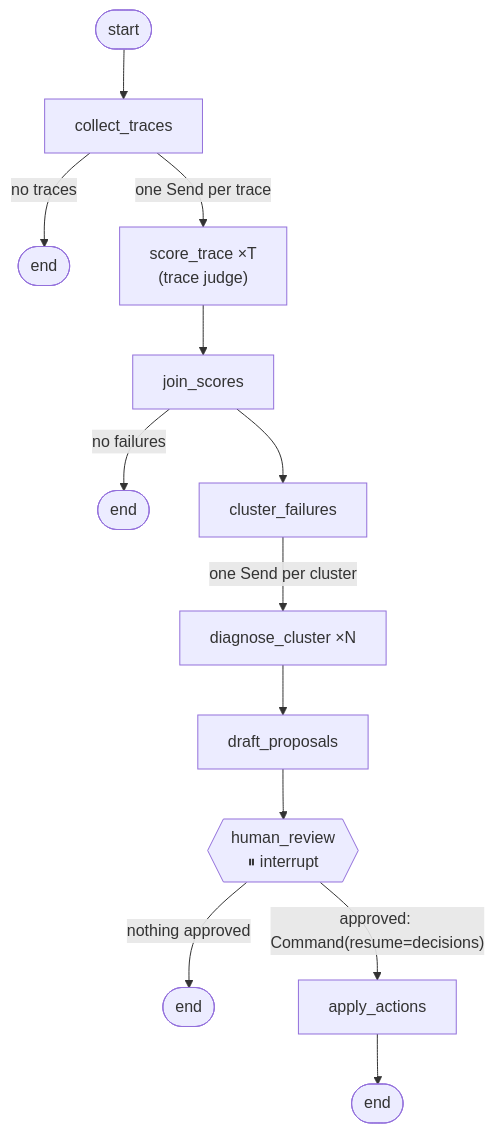
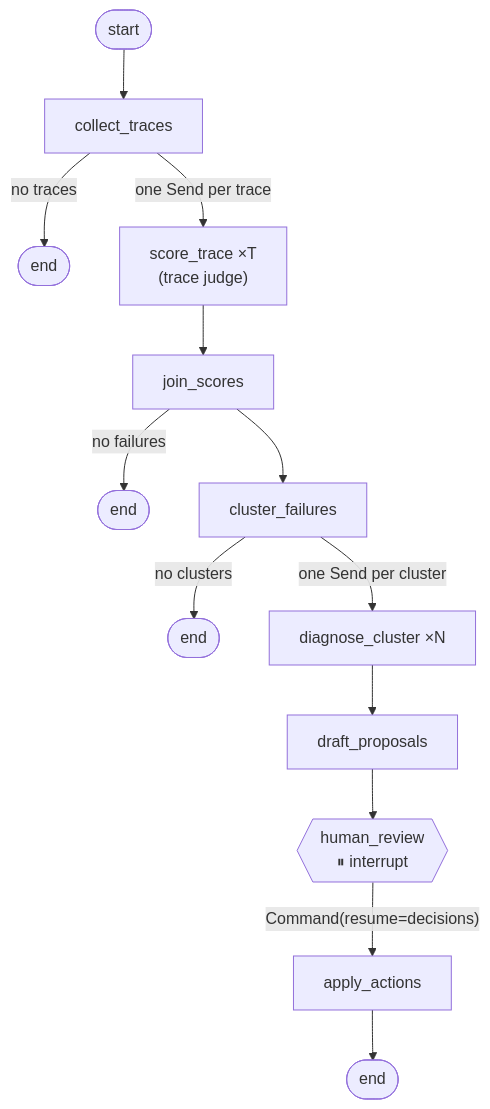
One commit to Nelev/tracescan changed the second of 3 diagrams in README.md. Above: the diagram before and after it, drawn with Mermaid. The commit also changed other lines of this file, not shown here.

````diff
--- a/README.md
+++ b/README.md
@@ -270,15 +278,15 @@
 ```mermaid
 flowchart TD
     START([start]) --> CT[collect_traces]
     CT -->|no traces| END1([end])
     CT -->|one Send per trace| ST["score_trace ×T<br/>(trace judge)"]
     ST --> JS[join_scores]
     JS -->|no failures| END2([end])
     JS --> CF[cluster_failures]
+    CF -->|no clusters| END3([end])
     CF -->|one Send per cluster| DC["diagnose_cluster ×N"]
     DC --> DP[draft_proposals]
     DP --> HR{{"human_review<br/>⏸ interrupt"}}
-    HR -->|nothing approved| END3([end])
-    HR -->|"approved: Command(resume=decisions)"| AA[apply_actions]
+    HR -->|"Command(resume=decisions)"| AA[apply_actions]
     AA --> END4([end])
 ```
````
